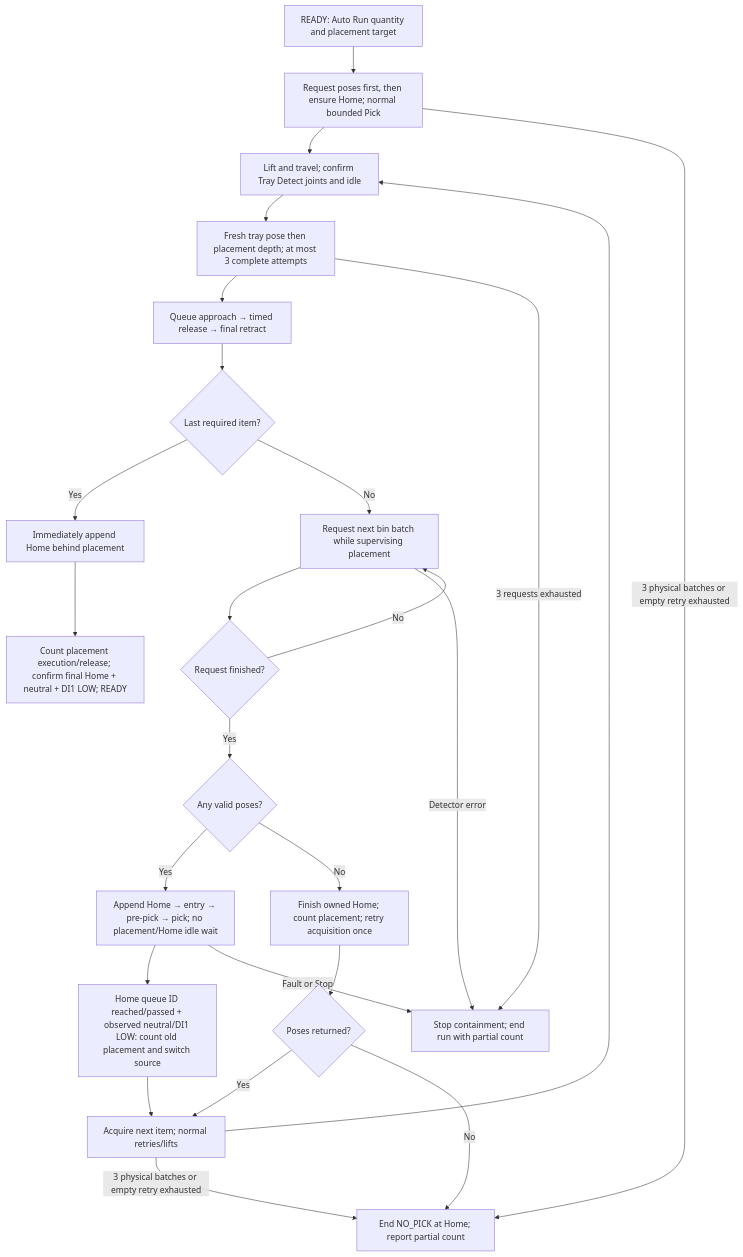
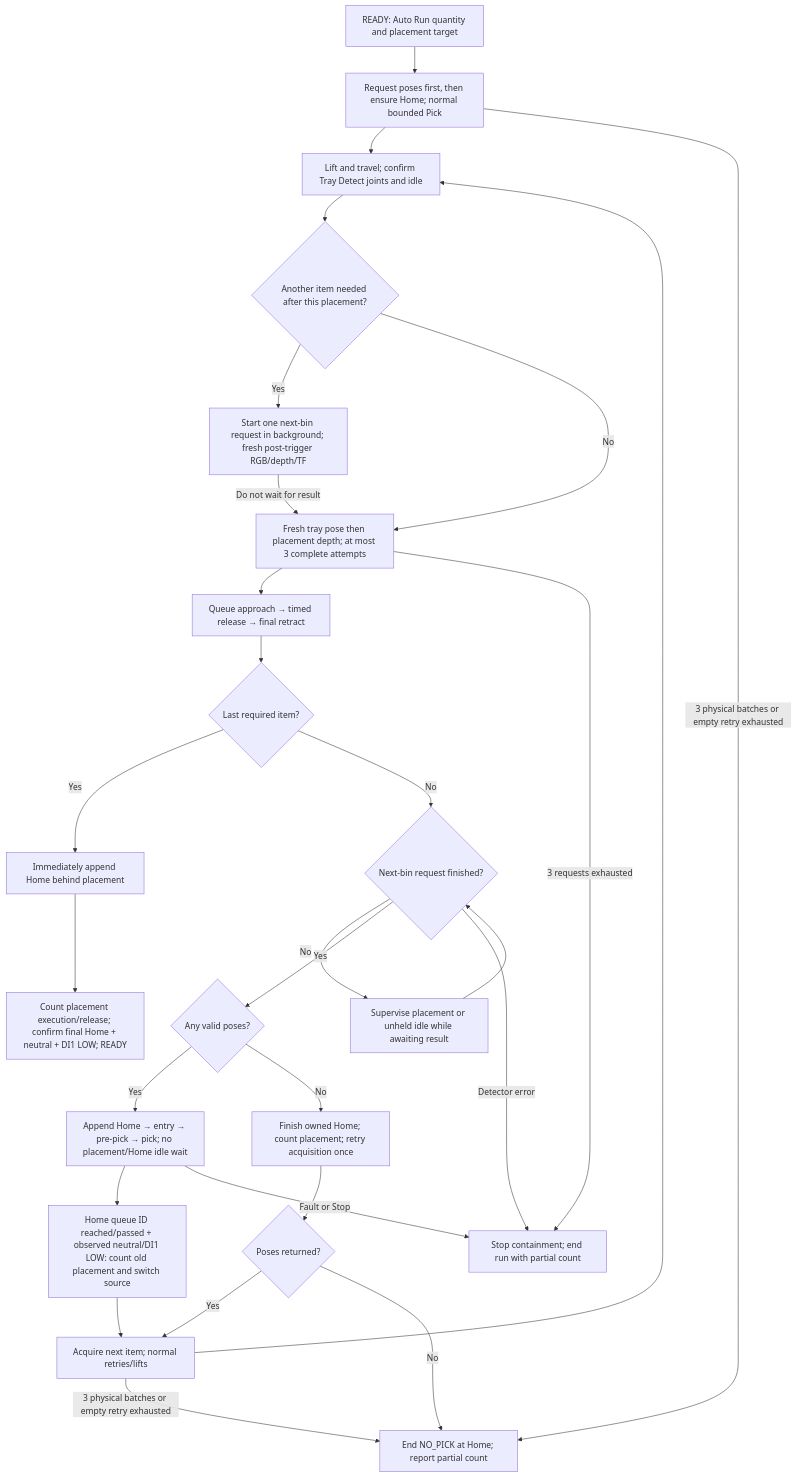
One commit to esgange/dobot_picknplace_yolo changed the sixth of 9 diagrams in docs/ROBOT_CONTROLLER_FSM.md. Above: the diagram before and after it, drawn with Mermaid. The commit also changed other lines of this file and 8 other files, not shown here.

Commit message:
Prefetch next item at confirmed Tray Detect arrival

````diff
--- a/docs/ROBOT_CONTROLLER_FSM.md
+++ b/docs/ROBOT_CONTROLLER_FSM.md
@@ -742,27 +751,30 @@
 ```mermaid
 flowchart TD
     Start["READY: Auto Run quantity and placement target"] --> Pick["Request poses first, then ensure Home; normal bounded Pick"]
     Pick --> Tray["Lift and travel; confirm Tray Detect joints and idle"]
-    Tray --> Observe["Fresh tray pose then placement depth; at most 3 complete attempts"]
+    Tray --> More{"Another item needed after this placement?"}
+    More -->|Yes| Prefetch["Start one next-bin request in background; fresh post-trigger RGB/depth/TF"]
+    More -->|No| Observe["Fresh tray pose then placement depth; at most 3 complete attempts"]
+    Prefetch -->|Do not wait for result| Observe
     Observe --> Place["Queue approach → timed release → final retract"]
     Place --> Last{"Last required item?"}
     Last -->|Yes| Home["Immediately append Home behind placement"]
     Home --> Done["Count placement execution/release; confirm final Home + neutral + DI1 LOW; READY"]
-    Last -->|No| Prefetch["Request next bin batch while supervising placement"]
-    Prefetch --> Ready{"Request finished?"}
-    Ready -->|No| Prefetch
+    Last -->|No| Ready{"Next-bin request finished?"}
+    Ready -->|No| Wait["Supervise placement or unheld idle while awaiting result"]
+    Wait --> Ready
     Ready -->|Yes| Poses{"Any valid poses?"}
     Poses -->|Yes| Append["Append Home → entry → pre-pick → pick; no placement/Home idle wait"]
     Poses -->|No| RetryHome["Finish owned Home; count placement; retry acquisition once"]
     RetryHome --> Retried{"Poses returned?"}
     Retried -->|Yes| Next
     Retried -->|No| Empty
     Append --> Boundary["Home queue ID reached/passed + observed neutral/DI1 LOW: count old placement and switch source"]
     Boundary --> Next["Acquire next item; normal retries/lifts"]
     Next --> Tray
     Pick -->|3 physical batches or empty retry exhausted| Empty["End NO_PICK at Home; report partial count"]
     Next -->|3 physical batches or empty retry exhausted| Empty
     Observe -->|3 requests exhausted| Fail["Stop containment; end run with partial count"]
-    Prefetch -->|Detector error| Fail
+    Ready -->|Detector error| Fail
     Append -->|Fault or Stop| Fail
 ```
````
